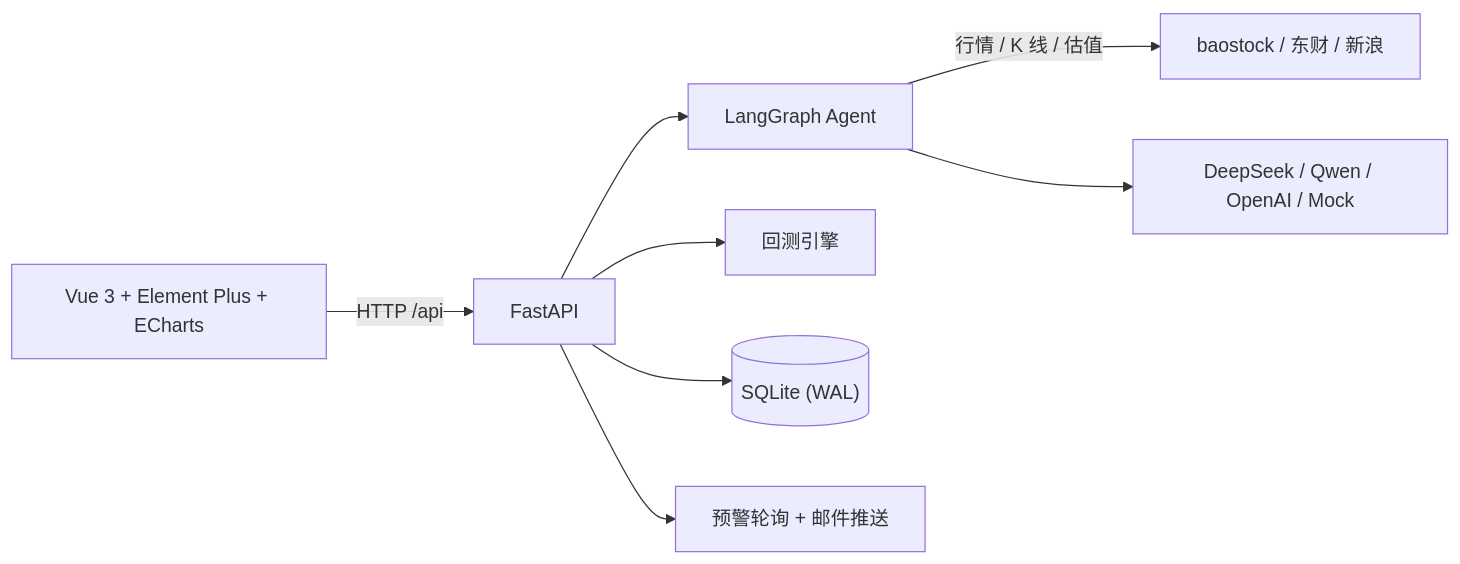
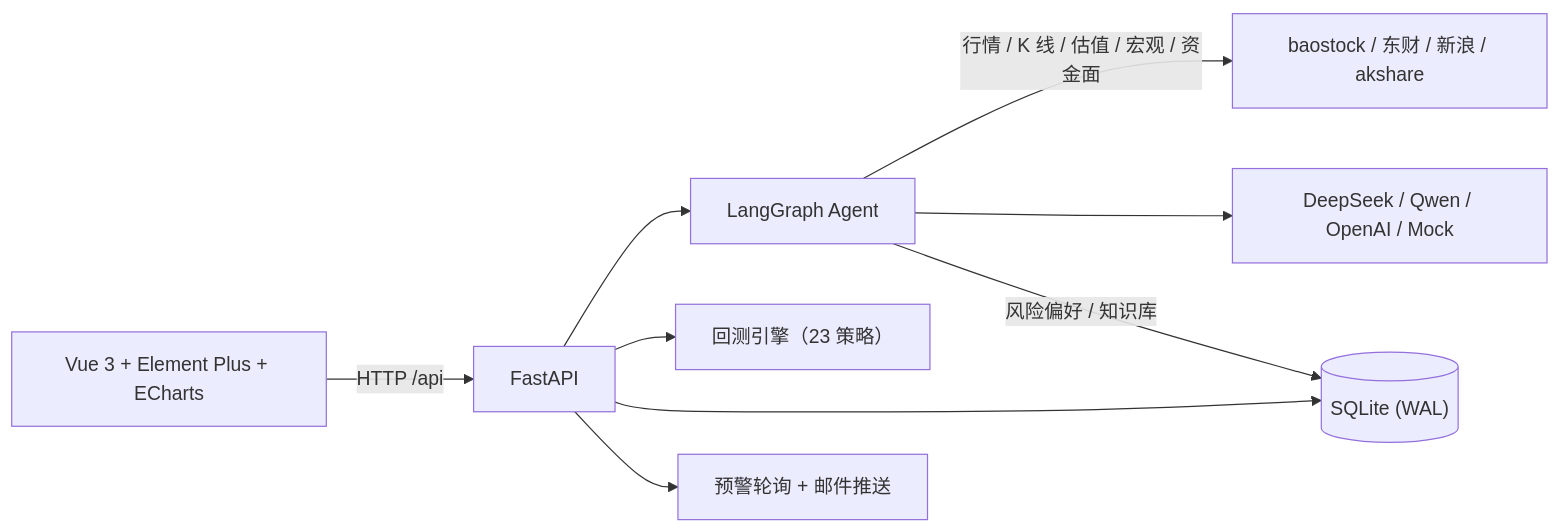
The diagram in README.md (zhuruixuan11/zrxx), drawn with Mermaid before and after one commit. The commit also changed other lines of this file, not shown here.

````diff
--- a/README.md
+++ b/README.md
@@ -36,10 +37,11 @@
 ```mermaid
 flowchart LR
     UI["Vue 3 + Element Plus + ECharts"] -->|"HTTP /api"| API["FastAPI"]
     API --> AGENT["LangGraph Agent"]
-    API --> ENG["回测引擎"]
+    API --> ENG["回测引擎（23 策略）"]
     API --> DB[("SQLite (WAL)")]
-    AGENT -->|"行情 / K 线 / 估值"| DS["baostock / 东财 / 新浪"]
+    AGENT -->|"行情 / K 线 / 估值 / 宏观 / 资金面"| DS["baostock / 东财 / 新浪 / akshare"]
     AGENT --> LLM["DeepSeek / Qwen / OpenAI / Mock"]
+    AGENT -->|"风险偏好 / 知识库"| DB
     API --> ALARM["预警轮询 + 邮件推送"]
 ```
````
